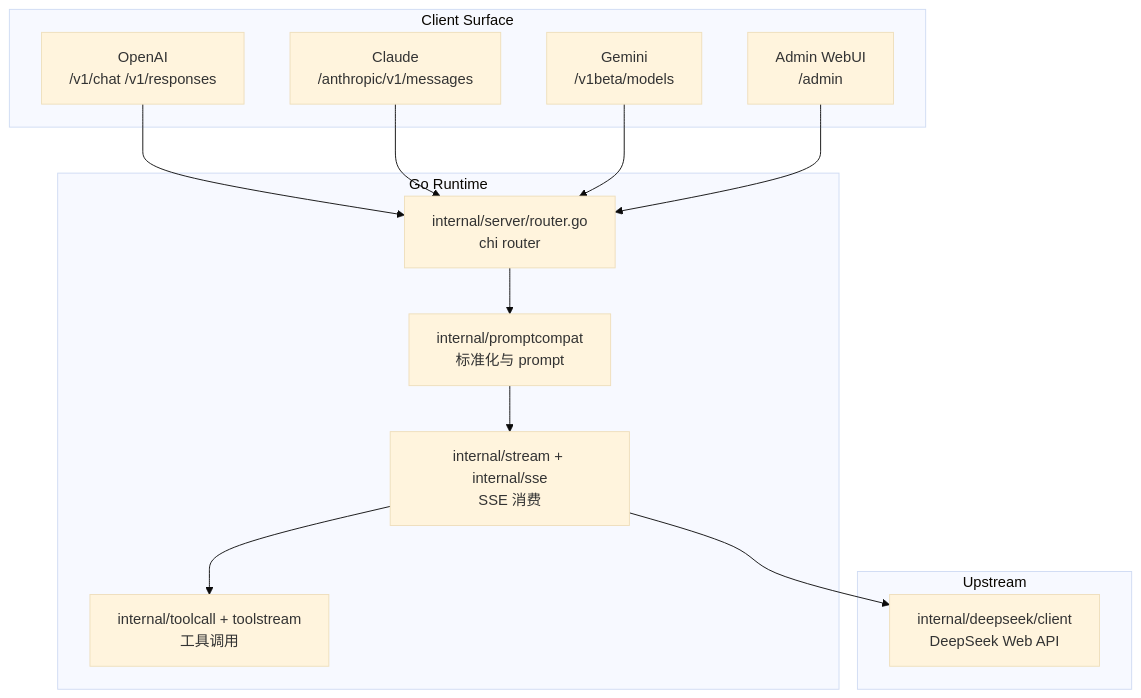
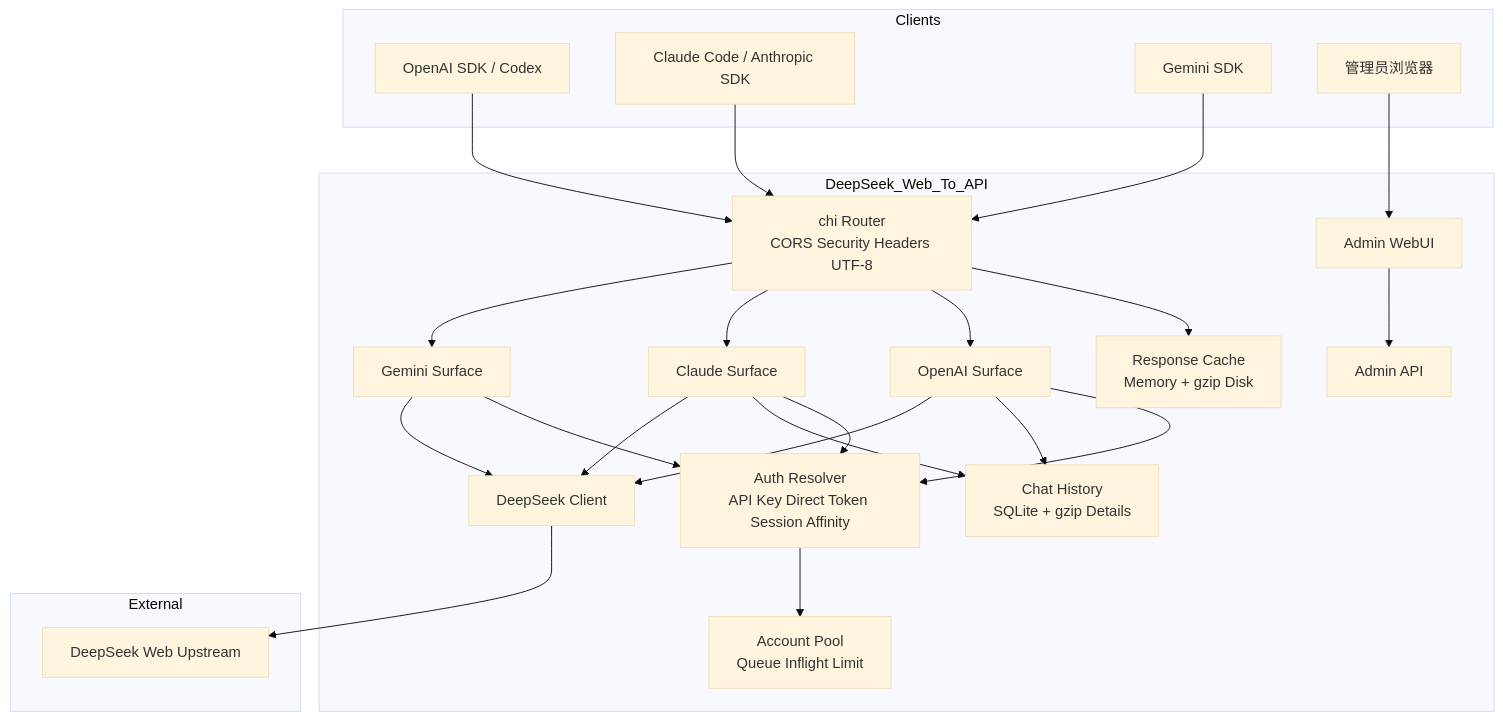
One commit to marklove5102/DeepSeek_Web_To_API changed the second of 2 diagrams in docs/README.md. Above: the diagram before and after it, drawn with Mermaid (base theme). The commit also changed other lines of this file and 27 other files, not shown here.

````diff
--- a/docs/README.md
+++ b/docs/README.md
@@ -89,26 +95,44 @@
 ```mermaid
 graph TB
-subgraph "Client Surface"
-OA["OpenAI<br/>/v1/chat /v1/responses"]
-CL["Claude<br/>/anthropic/v1/messages"]
-GE["Gemini<br/>/v1beta/models"]
-ADMIN["Admin WebUI<br/>/admin"]
+subgraph "Clients"
+OPENAI["OpenAI SDK / Codex"]
+CLAUDE["Claude Code / Anthropic SDK"]
+GEMINI["Gemini SDK"]
+ADMINUSER["管理员浏览器"]
 end
-subgraph "Go Runtime"
-ROUTER["internal/server/router.go<br/>chi router"]
-COMPAT["internal/promptcompat<br/>标准化与 prompt"]
-STREAM["internal/stream + internal/sse<br/>SSE 消费"]
-TOOLS["internal/toolcall + toolstream<br/>工具调用"]
+subgraph "DeepSeek_Web_To_API"
+ROUTER["chi Router<br/>CORS Security Headers UTF-8"]
+OPENAIAPI["OpenAI Surface"]
+CLAUDEAPI["Claude Surface"]
+GEMINIAPI["Gemini Surface"]
+ADMINAPI["Admin API"]
+AUTH["Auth Resolver<br/>API Key Direct Token Session Affinity"]
+POOL["Account Pool<br/>Queue Inflight Limit"]
+CACHE["Response Cache<br/>Memory + gzip Disk"]
+HISTORY["Chat History<br/>SQLite + gzip Details"]
+DS["DeepSeek Client"]
+WEB["Admin WebUI"]
 end
-subgraph "Upstream"
-DS["internal/deepseek/client<br/>DeepSeek Web API"]
+subgraph "External"
+UPSTREAM["DeepSeek Web Upstream"]
 end
-OA --> ROUTER
-CL --> ROUTER
-GE --> ROUTER
-ADMIN --> ROUTER
-ROUTER --> COMPAT
-COMPAT --> STREAM
-STREAM --> TOOLS
-STREAM --> DS
+OPENAI --> ROUTER
+CLAUDE --> ROUTER
+GEMINI --> ROUTER
+ADMINUSER --> WEB
+WEB --> ADMINAPI
+ROUTER --> CACHE
+ROUTER --> OPENAIAPI
+ROUTER --> CLAUDEAPI
+ROUTER --> GEMINIAPI
+OPENAIAPI --> AUTH
+CLAUDEAPI --> AUTH
+GEMINIAPI --> AUTH
+AUTH --> POOL
+OPENAIAPI --> HISTORY
+CLAUDEAPI --> HISTORY
+OPENAIAPI --> DS
+CLAUDEAPI --> DS
+GEMINIAPI --> DS
+DS --> UPSTREAM
 ```
````
